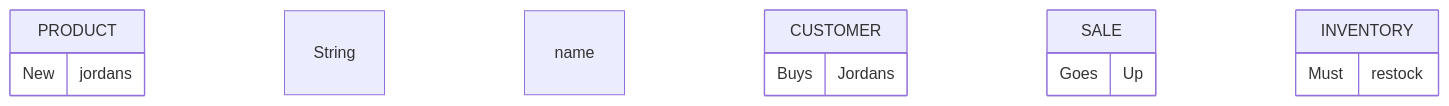
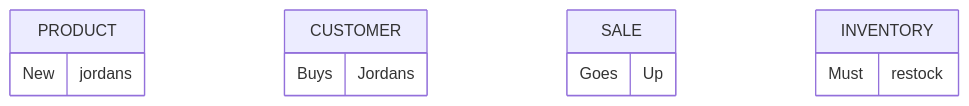
The diagram in NikeStore_ERD.md (Bryson456cmd/Project), drawn with Mermaid before and after one commit.

````diff
--- a/NikeStore_ERD.md
+++ b/NikeStore_ERD.md
@@ -1,11 +1,11 @@
 ```mermaid
 erDiagram
-PRODUCT {New jordans
-} String name
-CUSTOMER {Buys Jordans
+PRODUCT { New jordans
+} 
+CUSTOMER { Buys Jordans
 }
-SALE {Goes Up
+SALE { Goes Up
 }
-INVENTORY {Must restock
+INVENTORY { Must restock
 }
 ```
````
